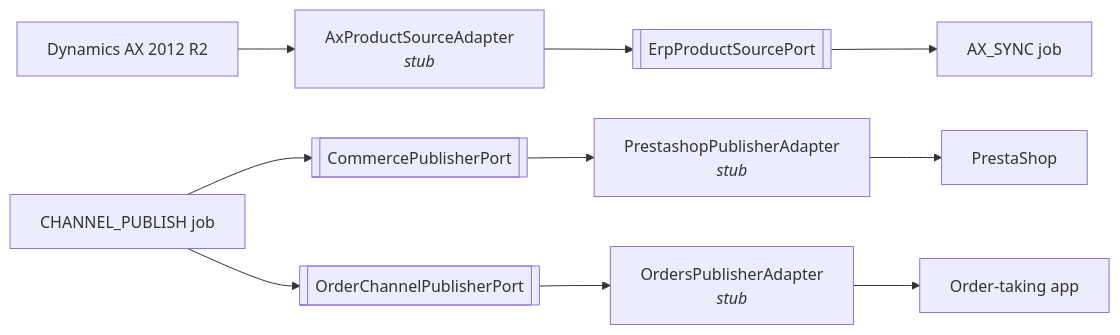
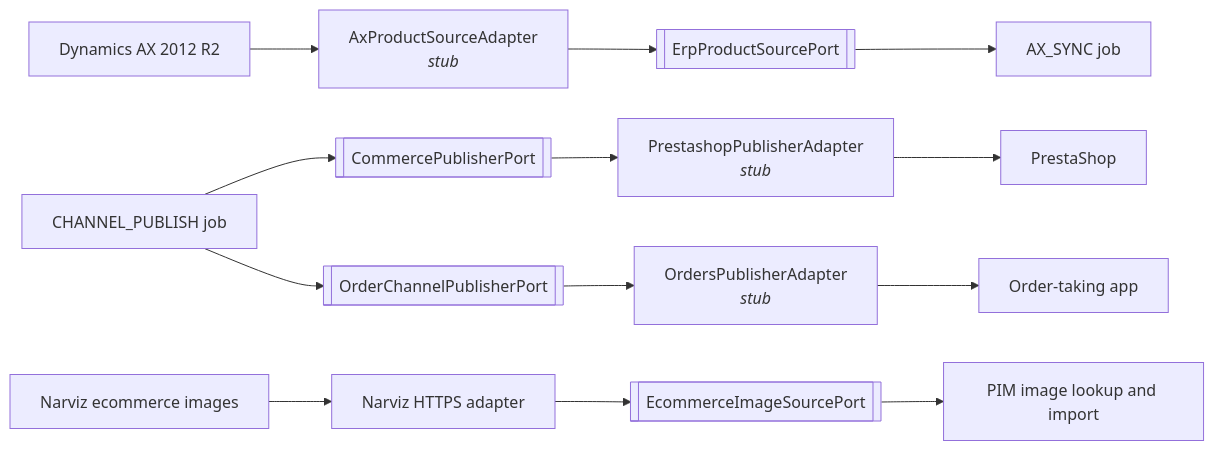
The diagram in docs/architecture/INTEGRATION_ARCHITECTURE.md (EBIM-IA/cdr-pim-platform), drawn with Mermaid before and after one commit. The commit also changed other lines of this file and 49 other files, not shown here.

Commit message:
feat: integrar imágenes de ecommerce de Narviz (#33)

````diff
--- a/docs/architecture/INTEGRATION_ARCHITECTURE.md
+++ b/docs/architecture/INTEGRATION_ARCHITECTURE.md
@@ -12,14 +12,18 @@
 ```mermaid
 graph LR
     ax[Dynamics AX 2012 R2] --> axa["AxProductSourceAdapter<br/><i>stub</i>"]
     axa --> erpport[["ErpProductSourcePort"]]
     erpport --> sync["AX_SYNC job"]
 
     pub["CHANNEL_PUBLISH job"] --> comport[["CommercePublisherPort"]]
     comport --> pa["PrestashopPublisherAdapter<br/><i>stub</i>"]
     pa --> presta[PrestaShop]
 
+    narviz[Narviz ecommerce images] --> imageAdapter["Narviz HTTPS adapter"]
+    imageAdapter --> imagePort[["EcommerceImageSourcePort"]]
+    imagePort --> images["PIM image lookup and import"]
+
     pub --> ordport[["OrderChannelPublisherPort"]]
     ordport --> oa["OrdersPublisherAdapter<br/><i>stub</i>"]
     oa --> orders[Order-taking app]
 ```
````
